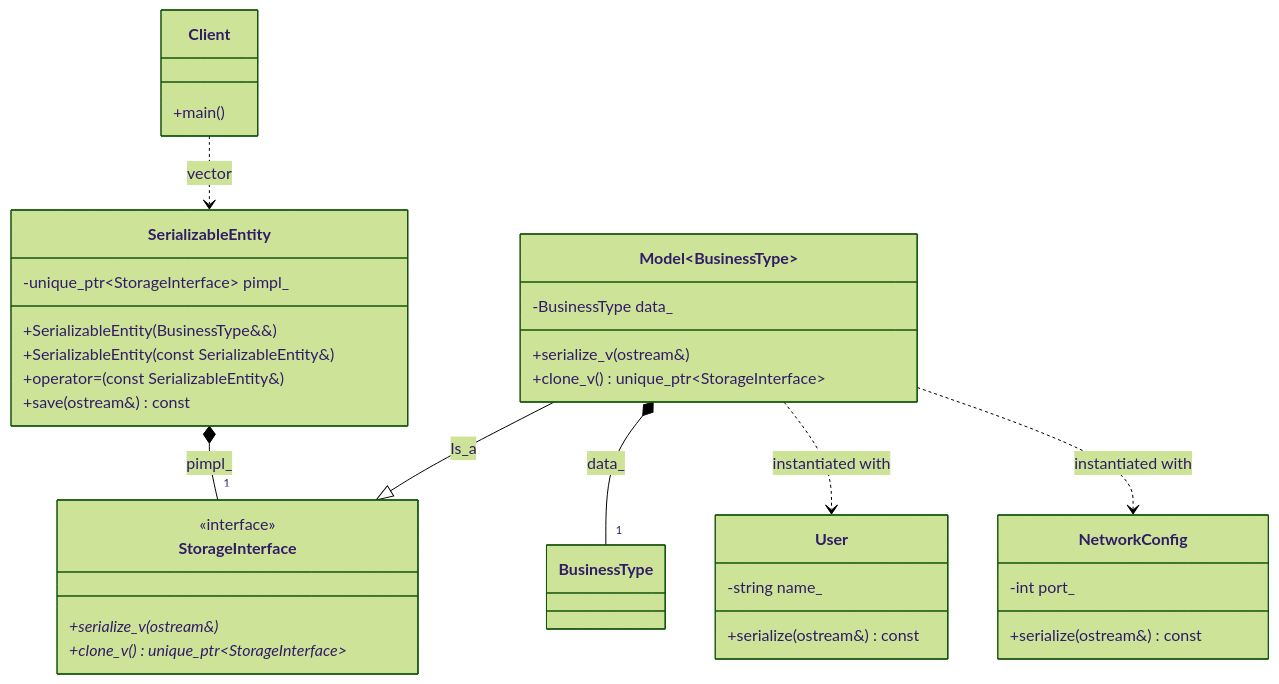
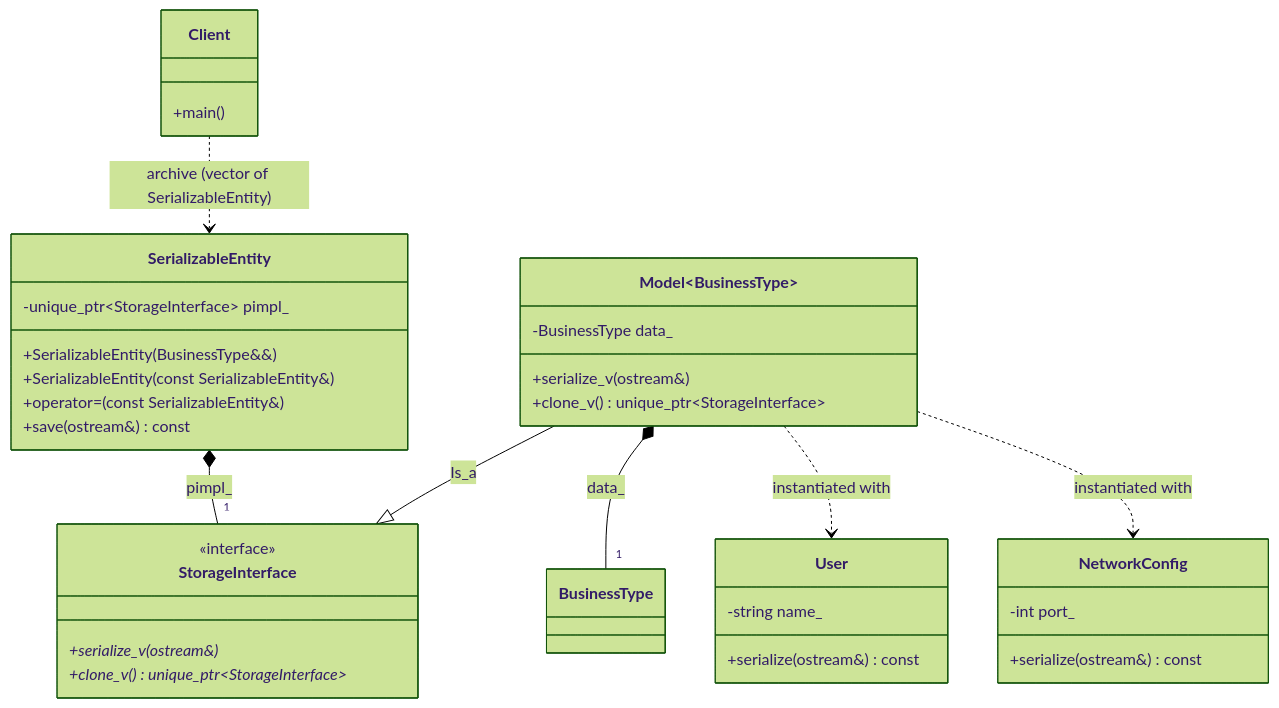
One commit to MarioGalindoQ/Modern-CPP-Design-Patterns changed the diagram in 37_TypeErasure/01_NonIntrusiveSerialization/diagram.md. Above: the diagram before and after it, drawn with Mermaid (forest theme).

Commit message:
Improve UML

````diff
--- a/37_TypeErasure/01_NonIntrusiveSerialization/diagram.md
+++ b/37_TypeErasure/01_NonIntrusiveSerialization/diagram.md
@@ -3,55 +3,55 @@
 ```mermaid
 classDiagram
    class SerializableEntity {
       -unique_ptr~StorageInterface~ pimpl_
       +SerializableEntity(BusinessType&&)
       +SerializableEntity(const SerializableEntity&)
       +operator=(const SerializableEntity&)
       +save(ostream&) const
    }
 
    class StorageInterface {
       <<interface>>
       +serialize_v(ostream&)*
       +clone_v()* unique_ptr~StorageInterface~
    }
 
    class Model~BusinessType~ {
       -BusinessType data_
       +serialize_v(ostream&)
       +clone_v() unique_ptr~StorageInterface~
    }
 
    class User {
       -string name_
       +serialize(ostream&) const
    }
 
    class NetworkConfig {
       -int port_
       +serialize(ostream&) const
    }
 
    class Client {
       +main()
    }
 
    %% Relationships using your symbology reference:
 
    %% The Wrapper owns the internal StorageInterface
    SerializableEntity *-- "1" StorageInterface : pimpl_
 
    %% The Model implements the StorageInterface (Inheritance)
    Model~BusinessType~ --|> StorageInterface : Is_a
 
    %% The Model owns the actual business data
    Model~BusinessType~ *-- "1" BusinessType : data_
 
    %% Business classes are independent (No inheritance)
    %% They are used by the Model template
    Model~BusinessType~ ..> User : instantiated with
    Model~BusinessType~ ..> NetworkConfig : instantiated with
 
    %% Client interacts with the Wrapper
-   Client ..> SerializableEntity : vector<SerializableEntity>
+   Client ..> SerializableEntity : archive (vector of SerializableEntity)
 ```
````
